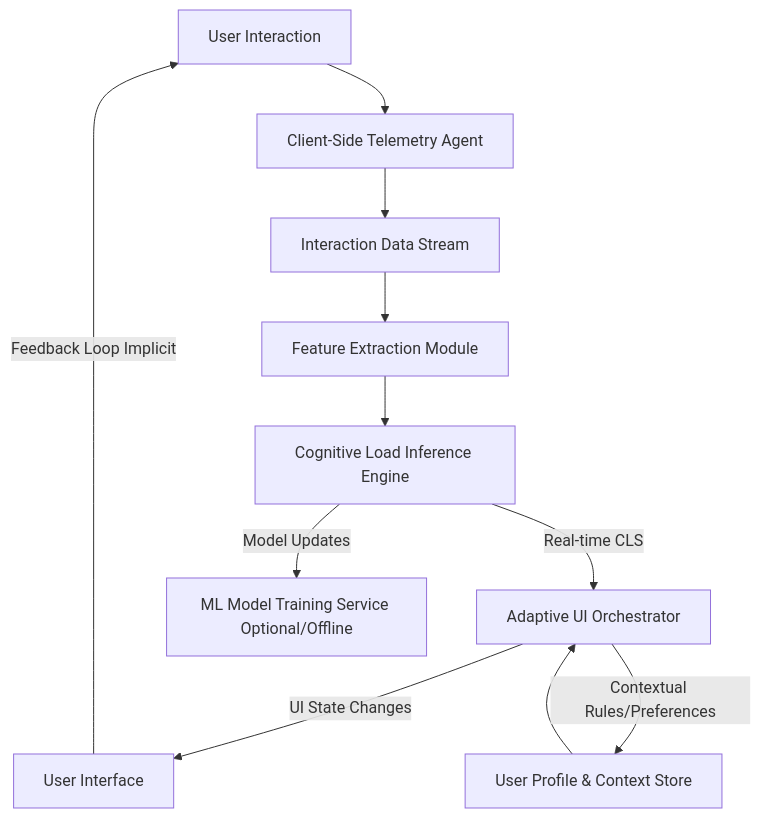
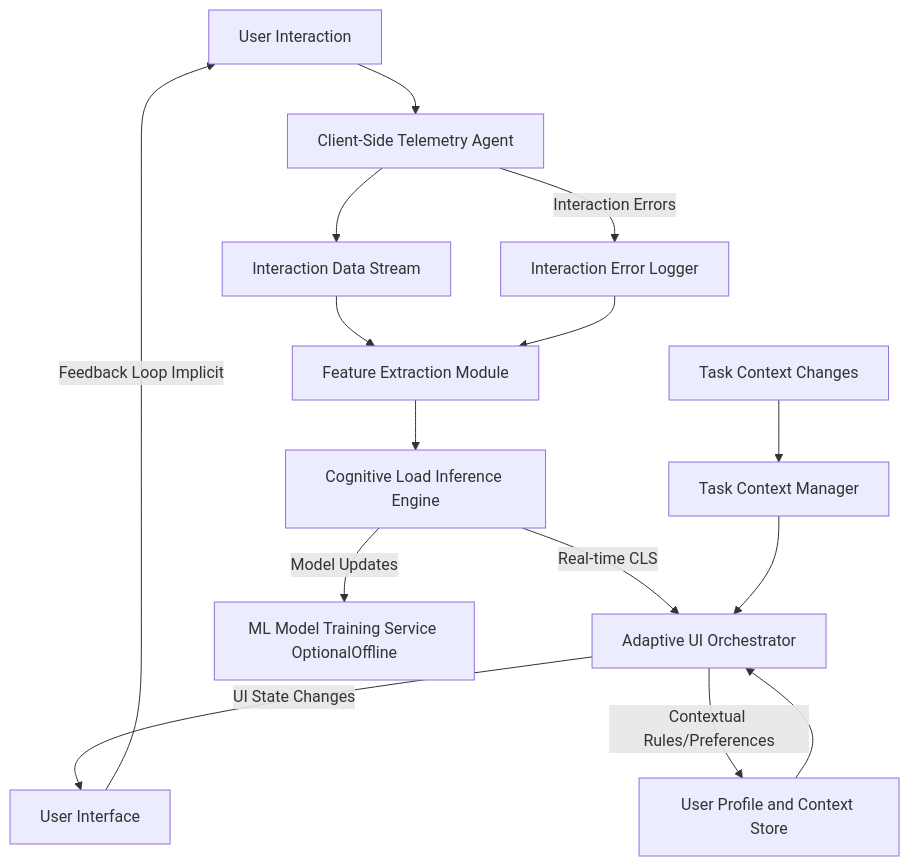
One commit to diplomat-bit/Citibank_Demo_Business_Inc_Demonstration- changed the first of 4 diagrams in inventions/011_cognitive_load_balancing.md. Above: the diagram before and after it, drawn with Mermaid. The commit also changed other lines of this file, not shown here.

````diff
--- a/inventions/011_cognitive_load_balancing.md
+++ b/inventions/011_cognitive_load_balancing.md
@@ -37,13 +37,17 @@
 ```mermaid
 graph TD
     A[User Interaction] --> B[Client-Side Telemetry Agent];
     B --> C[Interaction Data Stream];
     C --> D[Feature Extraction Module];
     D --> E[Cognitive Load Inference Engine];
     E -- Real-time CLS --> F[Adaptive UI Orchestrator];
     F -- UI State Changes --> G[User Interface];
     G -- Feedback Loop Implicit --> A;
-    E -- Model Updates --> H[ML Model Training Service Optional/Offline];
-    F -- Contextual Rules/Preferences --> I[User Profile & Context Store];
+    E -- Model Updates --> H[ML Model Training Service OptionalOffline];
+    F -- Contextual Rules/Preferences --> I[User Profile and Context Store];
     I --> F;
+    J[Task Context Changes] --> K[Task Context Manager];
+    K --> F;
+    B -- Interaction Errors --> L[Interaction Error Logger];
+    L --> D;
 ```
````
